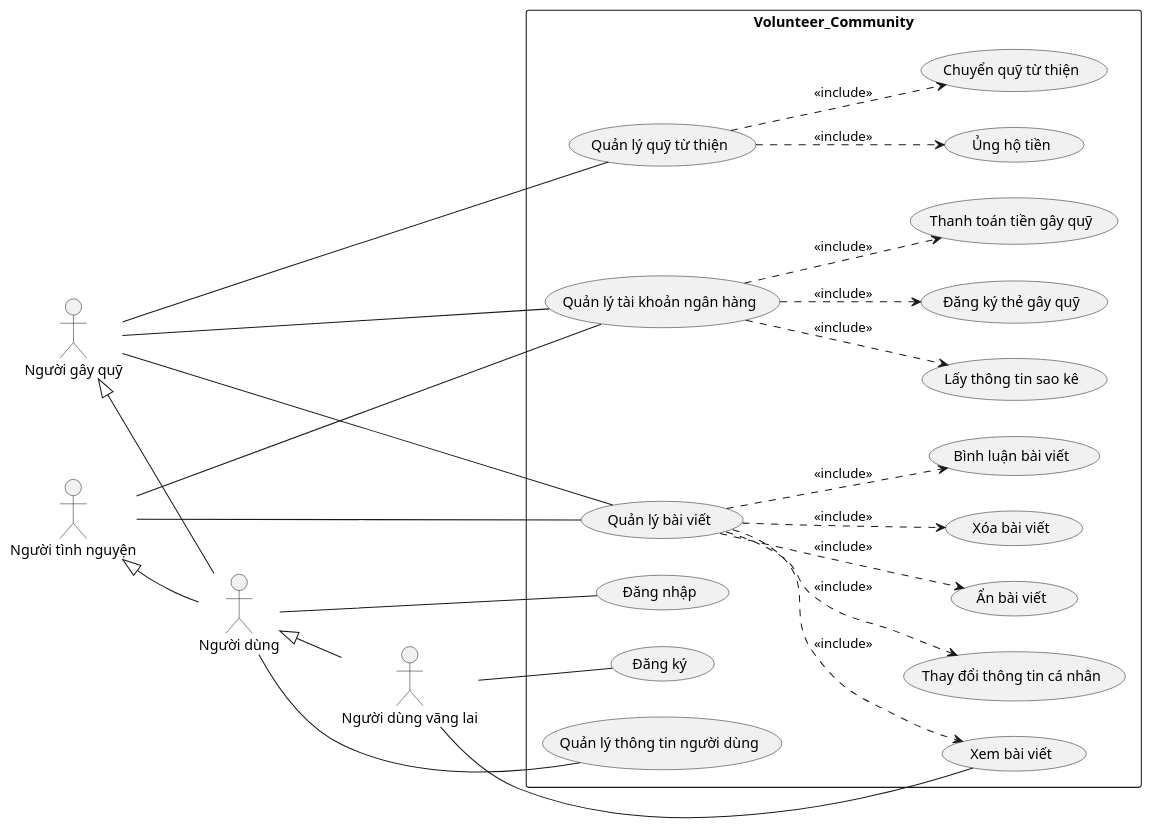
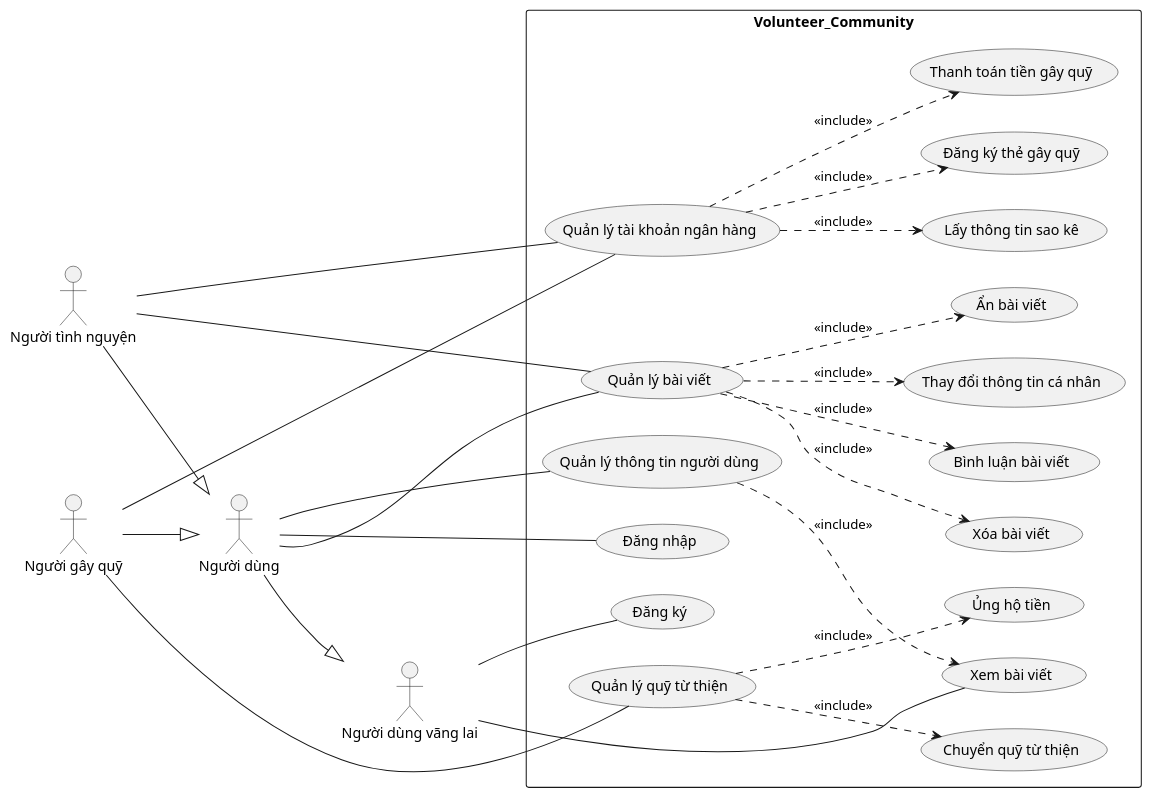
One commit to HiimDucManh/SE357-Pratice-class changed the diagram in Lab1/Lab1.2/BRD/Usecase.pu. Above: the diagram before and after it, drawn with PlantUML. The commit also changed 3 other files, not shown here.

```diff
--- a/Lab1/Lab1.2/BRD/Usecase.pu
+++ b/Lab1/Lab1.2/BRD/Usecase.pu
@@ -1,52 +1,52 @@
 @startuml
 left to right direction
 actor "Người dùng vãng lai" as guest
 actor "Người dùng" as user
 actor "Người gây quỹ" as fundraiser
 actor "Người tình nguyện" as volunteer
 rectangle Volunteer_Community {
   usecase "Đăng ký" as Register
   usecase "Xem bài viết" as PostInf
   usecase "Quản lý thông tin người dùng" as UserManagement
   usecase "Đăng nhập" as Login
   usecase "Quản lý tài khoản ngân hàng" as BankAccManagement
   usecase "Quản lý quỹ từ thiện" as FundManagement
   usecase "Quản lý bài viết" as PostManagement
 
   usecase "Thay đổi thông tin cá nhân" as ChangeInfAcc
   usecase "Lấy thông tin sao kê" as StatementInf
   usecase "Đăng ký thẻ gây quỹ" as RegisterFundraising
   usecase "Thanh toán tiền gây quỹ" as FundraisingPayment
   usecase "Chuyển quỹ từ thiện" as ChangeCharityFund
   usecase "Ủng hộ tiền" as Donate
   usecase "Ẩn bài viết" as HidePost
   usecase "Xóa bài viết" as DeletePost
   usecase "Bình luận bài viết" as CommentPost
 }
 
-fundraiser <|-- user
-volunteer <|-- user
-user <|-- guest
+user --|> guest
+fundraiser --|> user
+volunteer --|> user
 
+user -- Login
+user -- UserManagement
+user -- PostManagement
 guest -- PostInf
 guest -- Register
-user -- Login
-user -- UserManagement
 fundraiser -- BankAccManagement
 fundraiser -- FundManagement
-fundraiser -- PostManagement
 volunteer -- BankAccManagement
 volunteer -- PostManagement
 
-PostManagement ..> ChangeInfAcc : <<include>>
 BankAccManagement ..> StatementInf : <<include>>
 BankAccManagement ..> RegisterFundraising : <<include>>
 BankAccManagement ..> FundraisingPayment : <<include>>
 FundManagement ..> ChangeCharityFund : <<include>>
 FundManagement ..> Donate : <<include>>
+PostManagement ..> ChangeInfAcc : <<include>>
 PostManagement ..> HidePost : <<include>>
 PostManagement ..> DeletePost : <<include>>
 PostManagement ..> CommentPost : <<include>>
-PostManagement ..> PostInf : <<include>>
+UserManagement ..> PostInf : <<include>>
 
 @enduml
```
